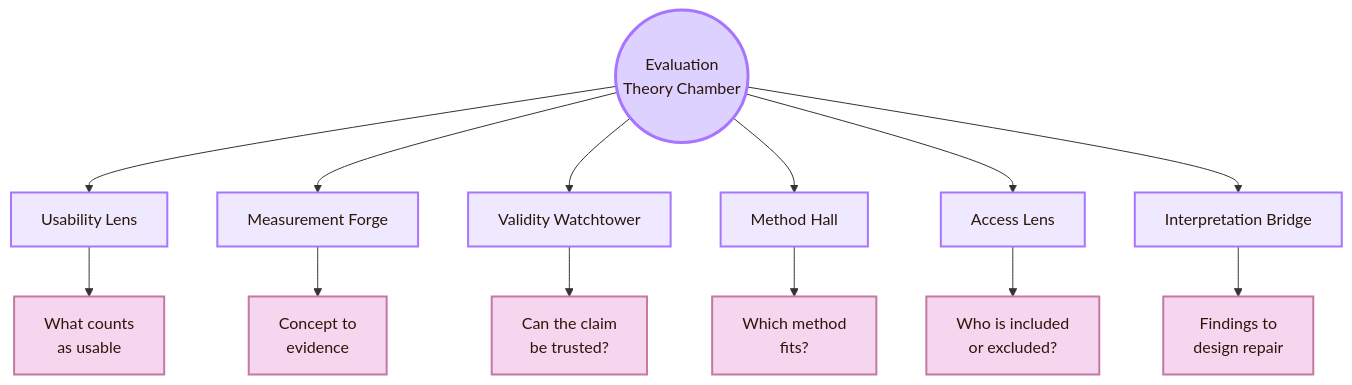
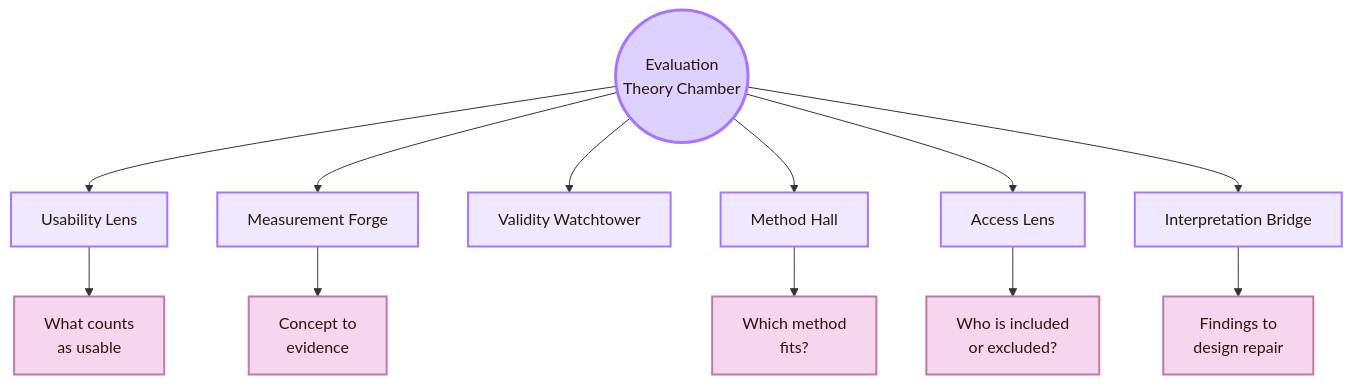
One commit to andreitegzes06-ui/CogniShire changed the first of 14 diagrams in 01_Core_Area_HCI/001_Subareas/03_Evaluating_the_Design/Activities/Theory.md. Above: the diagram before and after it, drawn with Mermaid. The commit also changed other lines of this file and 131 other files, not shown here.

````diff
--- a/01_Core_Area_HCI/001_Subareas/03_Evaluating_the_Design/Activities/Theory.md
+++ b/01_Core_Area_HCI/001_Subareas/03_Evaluating_the_Design/Activities/Theory.md
@@ -54,26 +51,25 @@
 ```mermaid
 flowchart TB
     A((Evaluation<br/>Theory Chamber))
 
     A --> B[Usability Lens]
     A --> C[Measurement Forge]
     A --> D[Validity Watchtower]
     A --> E[Method Hall]
     A --> F[Access Lens]
     A --> G[Interpretation Bridge]
 
     B --> B1[What counts<br/>as usable]
     C --> C1[Concept to<br/>evidence]
-    D --> D1[Can the claim<br/>be trusted?]
     E --> E1[Which method<br/>fits?]
     F --> F1[Who is included<br/>or excluded?]
     G --> G1[Findings to<br/>design repair]
 
     classDef center fill:#ddd2ff,stroke:#a875ff,color:#2b160b,stroke-width:3px;
     classDef node fill:#eee9ff,stroke:#a875ff,color:#2b160b,stroke-width:2px;
     classDef detail fill:#f6d6ee,stroke:#c27aa2,color:#2b160b,stroke-width:2px;
 
     class A center;
     class B,C,D,E,F,G node;
     class B1,C1,D1,E1,F1,G1 detail;
 ```
````
